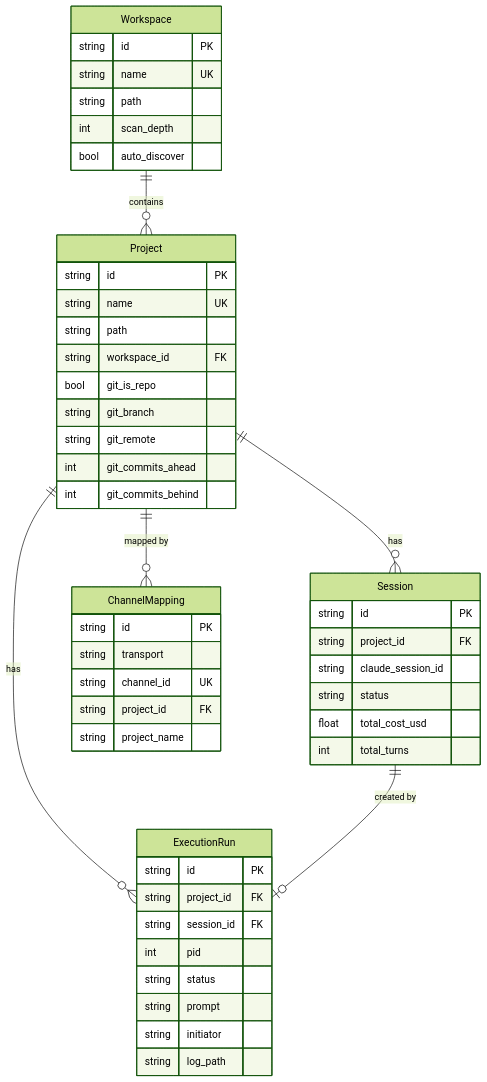
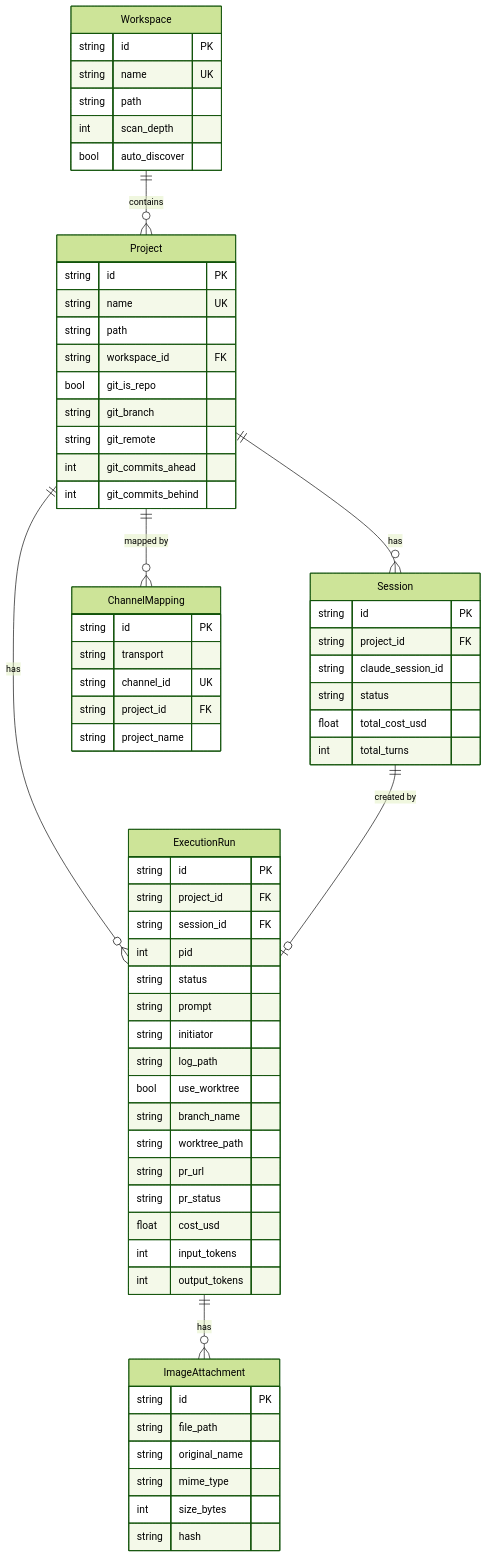
Before and after one commit to carrotly-ai/gluon-agent: the third of 22 diagrams in README.md, drawn with Mermaid (forest theme). The commit also changed other lines of this file and 1 other file, not shown here.

First line of the commit message:
docs: comprehensive update to README and ARCHITECTURE documentation

````diff
--- a/README.md
+++ b/README.md
@@ -141,56 +228,75 @@
 ```mermaid
 erDiagram
     Workspace ||--o{ Project : contains
     Project ||--o{ Session : has
     Project ||--o{ ExecutionRun : has
     Project ||--o{ ChannelMapping : "mapped by"
     Session ||--o| ExecutionRun : "created by"
 
     Workspace {
         string id PK
         string name UK
         string path
         int scan_depth
         bool auto_discover
     }
 
     Project {
         string id PK
         string name UK
         string path
         string workspace_id FK
         bool git_is_repo
         string git_branch
         string git_remote
         int git_commits_ahead
         int git_commits_behind
     }
 
     Session {
         string id PK
         string project_id FK
         string claude_session_id
         string status
         float total_cost_usd
         int total_turns
     }
 
     ExecutionRun {
         string id PK
         string project_id FK
         string session_id FK
         int pid
         string status
         string prompt
         string initiator
         string log_path
+        bool use_worktree
+        string branch_name
+        string worktree_path
+        string pr_url
+        string pr_status
+        float cost_usd
+        int input_tokens
+        int output_tokens
     }
+
+    ImageAttachment {
+        string id PK
+        string file_path
+        string original_name
+        string mime_type
+        int size_bytes
+        string hash
+    }
+
+    ExecutionRun ||--o{ ImageAttachment : has
 
     ChannelMapping {
         string id PK
         string transport
         string channel_id UK
         string project_id FK
         string project_name
     }
 ```
````
